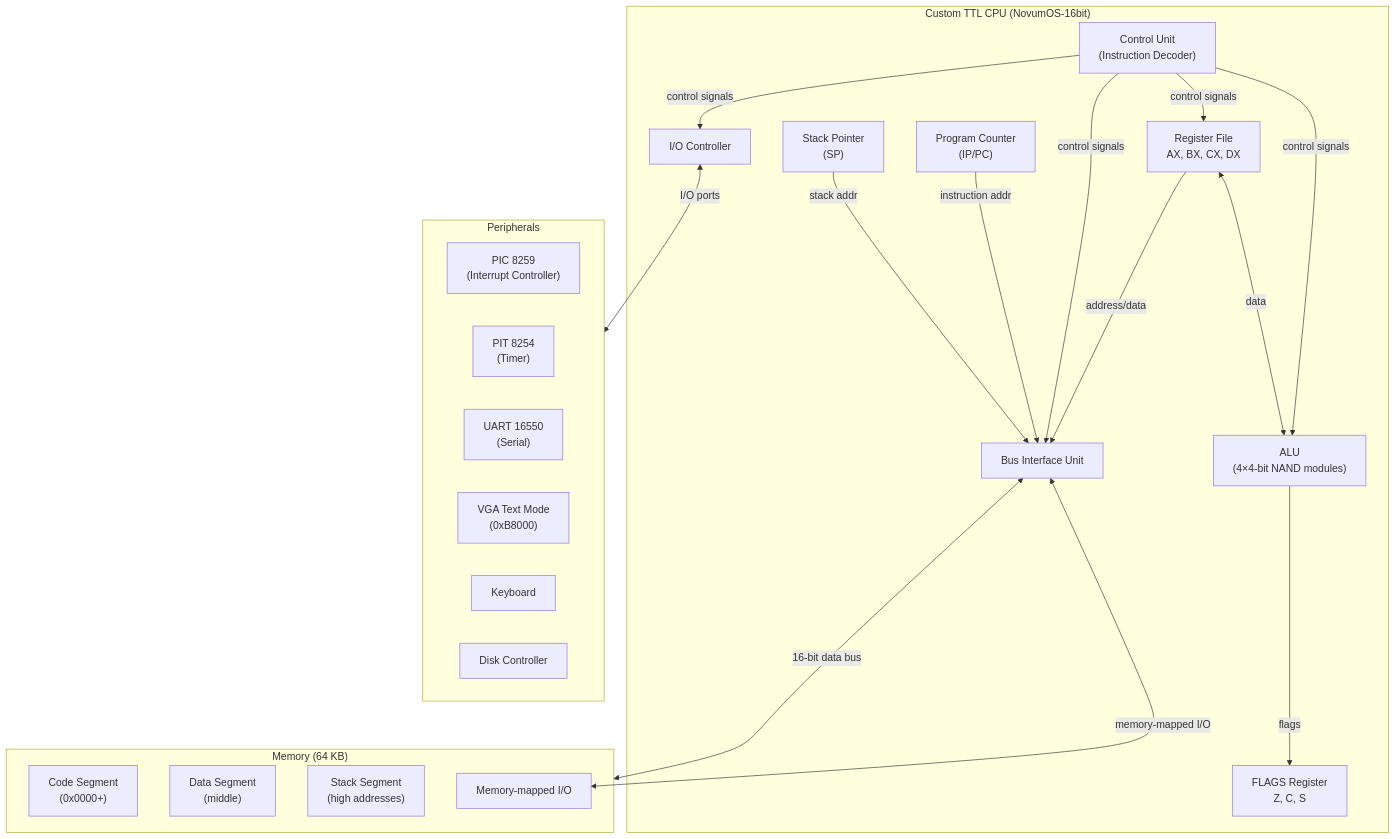
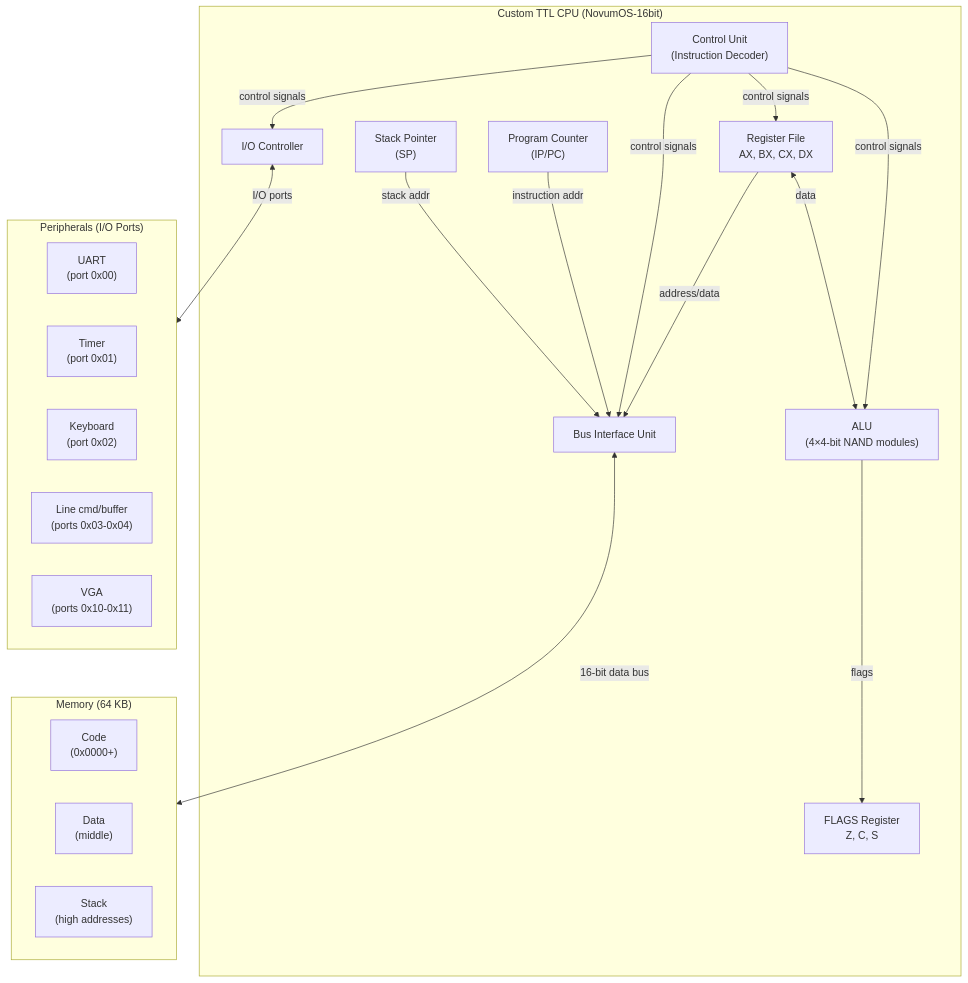
Before and after one commit to MinecAnton209/NovumOS-16bit: the diagram in docs/en/README.md, drawn with Mermaid. The commit also changed other lines of this file and 20 other files, not shown here.

````diff
--- a/docs/en/README.md
+++ b/docs/en/README.md
@@ -78,42 +130,39 @@
 ```mermaid
 graph TB
     subgraph CPU["Custom TTL CPU (NovumOS-16bit)"]
         CU["Control Unit<br/>(Instruction Decoder)"]
         ALU["ALU<br/>(4×4-bit NAND modules)"]
         REGS["Register File<br/>AX, BX, CX, DX"]
         SP_REG["Stack Pointer<br/>(SP)"]
         PC_REG["Program Counter<br/>(IP/PC)"]
         FLAGS_REG["FLAGS Register<br/>Z, C, S"]
         BIU["Bus Interface Unit"]
         IOC["I/O Controller"]
     end
 
     subgraph Memory["Memory (64 KB)"]
-        CODE["Code Segment<br/>(0x0000+)"]
-        DATA["Data Segment<br/>(middle)"]
-        STACK["Stack Segment<br/>(high addresses)"]
-        IOMAP["Memory-mapped I/O"]
+        CODE["Code<br/>(0x0000+)"]
+        DATA["Data<br/>(middle)"]
+        STACK["Stack<br/>(high addresses)"]
     end
 
-    subgraph Peripherals["Peripherals"]
-        PIC["PIC 8259<br/>(Interrupt Controller)"]
-        PIT["PIT 8254<br/>(Timer)"]
-        UART["UART 16550<br/>(Serial)"]
-        VGA["VGA Text Mode<br/>(0xB8000)"]
-        KBD["Keyboard"]
-        DISK["Disk Controller"]
+    subgraph Peripherals["Peripherals (I/O Ports)"]
+        UART["UART<br/>(port 0x00)"]
+        TIMER["Timer<br/>(port 0x01)"]
+        KBD["Keyboard<br/>(port 0x02)"]
+        LINE["Line cmd/buffer<br/>(ports 0x03-0x04)"]
+        VGA["VGA<br/>(ports 0x10-0x11)"]
     end
 
     CU -->|control signals| ALU
     CU -->|control signals| REGS
     CU -->|control signals| BIU
     CU -->|control signals| IOC
     REGS <-->|data| ALU
     ALU -->|flags| FLAGS_REG
     REGS -->|address/data| BIU
     PC_REG -->|instruction addr| BIU
     SP_REG -->|stack addr| BIU
     BIU <-->|"16-bit data bus"| Memory
     IOC <-->|I/O ports| Peripherals
-    BIU <-->|memory-mapped I/O| IOMAP
 ```
````
